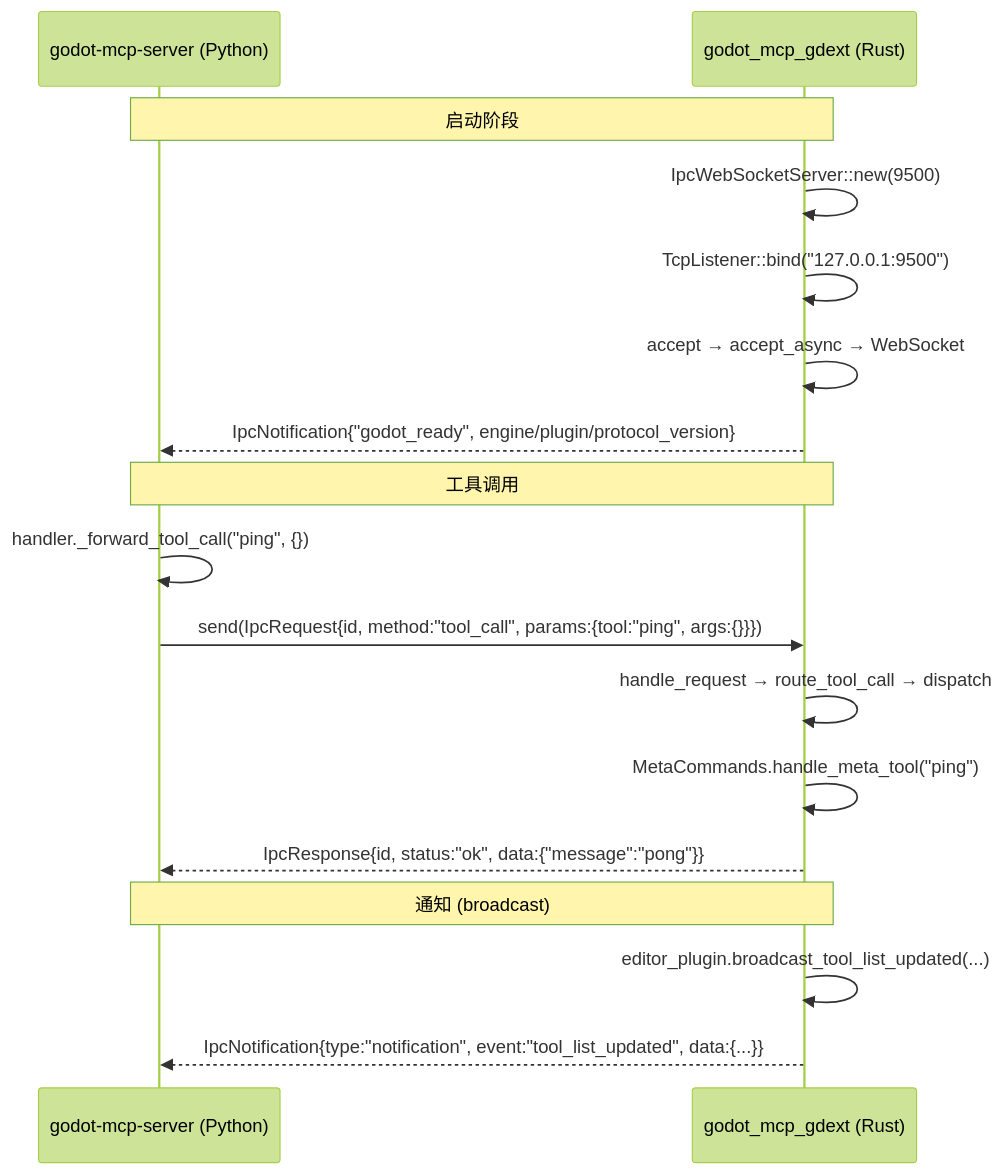
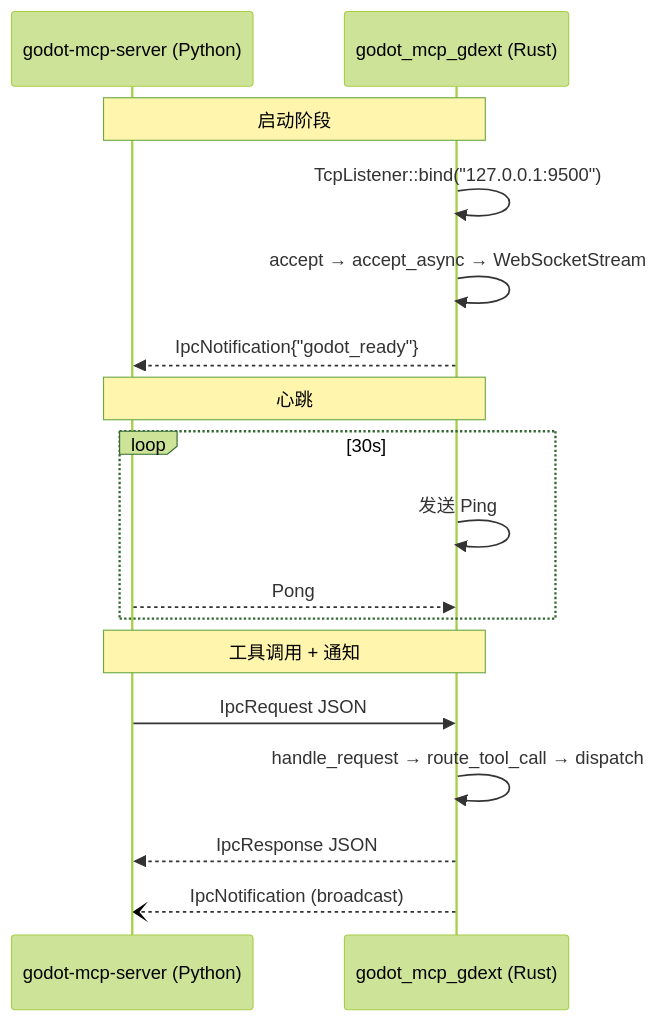
The second of 2 diagrams in .repo_wiki/modules/ipc-bridge.md (jesspig/GodotMCP-GDExtension), drawn with Mermaid (forest theme) before and after one commit. The commit also changed other lines of this file and 27 other files, not shown here.

````diff
--- a/.repo_wiki/modules/ipc-bridge.md
+++ b/.repo_wiki/modules/ipc-bridge.md
@@ -5,25 +76,26 @@
 ```mermaid
 sequenceDiagram
     participant Server as godot-mcp-server (Python)
     participant GDExt as godot_mcp_gdext (Rust)
     
     Note over Server,GDExt: 启动阶段
     
-    GDExt->>GDExt: IpcWebSocketServer::new(9500)
     GDExt->>GDExt: TcpListener::bind("127.0.0.1:9500")
-    GDExt->>GDExt: accept → accept_async → WebSocket
-    GDExt-->>Server: IpcNotification{"godot_ready", engine/plugin/protocol_version}
+    GDExt->>GDExt: accept → accept_async → WebSocketStream
+    GDExt-->>Server: IpcNotification{"godot_ready"}
     
-    Note over Server,GDExt: 工具调用
+    Note over Server,GDExt: 心跳
     
-    Server->>Server: handler._forward_tool_call("ping", {})
-    Server->>GDExt: send(IpcRequest{id, method:"tool_call", params:{tool:"ping", args:{}}})
+    loop 30s
+        GDExt->>GDExt: 发送 Ping
+        Server-->>GDExt: Pong
+    end
+    
+    Note over Server,GDExt: 工具调用 + 通知
+    
+    Server->>GDExt: IpcRequest JSON
     GDExt->>GDExt: handle_request → route_tool_call → dispatch
-    GDExt->>GDExt: MetaCommands.handle_meta_tool("ping")
-    GDExt-->>Server: IpcResponse{id, status:"ok", data:{"message":"pong"}}
+    GDExt-->>Server: IpcResponse JSON
     
-    Note over Server,GDExt: 通知 (broadcast)
-    
-    GDExt->>GDExt: editor_plugin.broadcast_tool_list_updated(...)
-    GDExt-->>Server: IpcNotification{type:"notification", event:"tool_list_updated", data:{...}}
+    GDExt--)Server: IpcNotification (broadcast)
 ```
````
